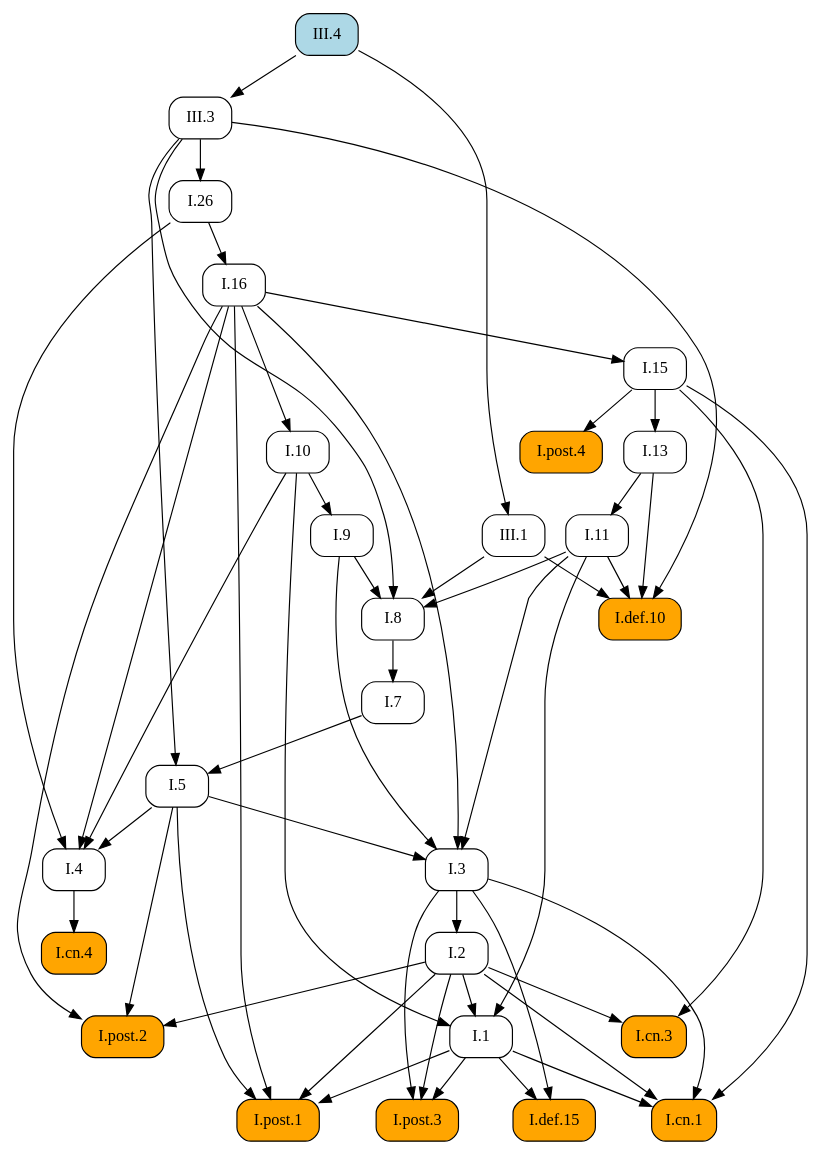
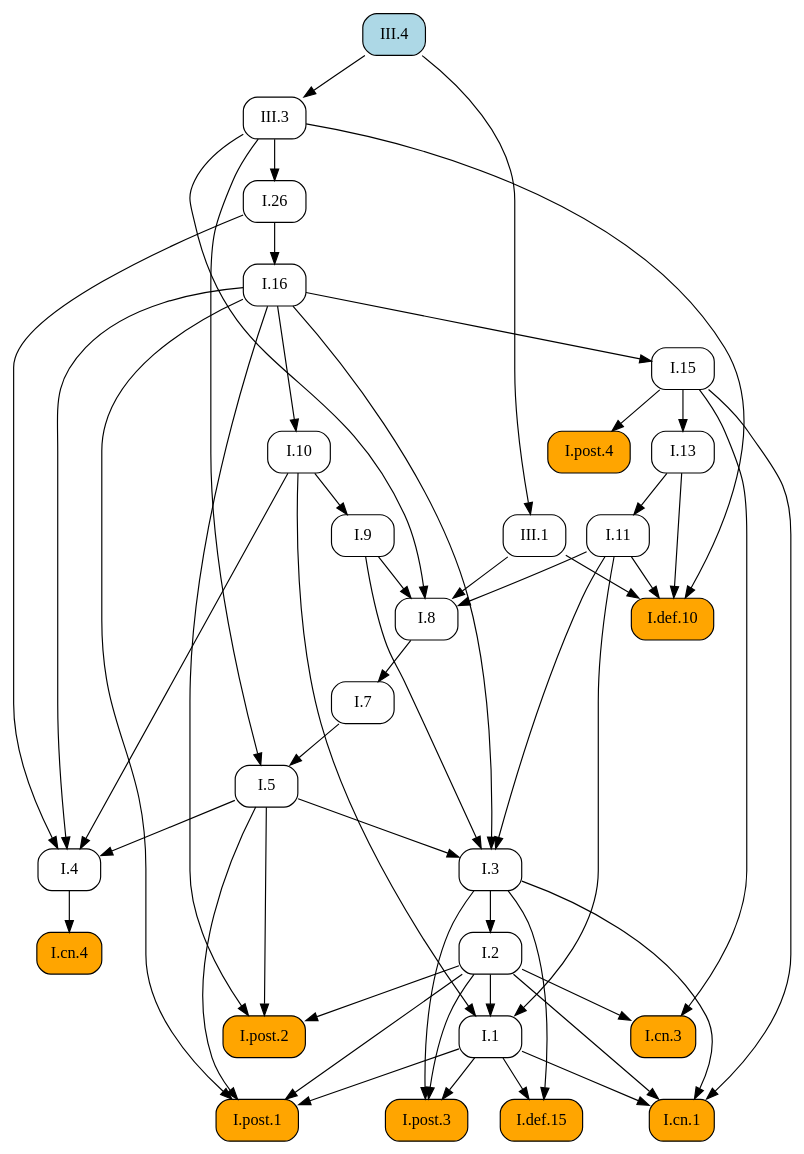
The diagram in docsrc/elements2/III/4/index.rst (geometor/elements), drawn with Graphviz before and after one commit. The commit also changed other lines of this file and 409 other files, not shown here.

First line of the commit message:
feat: Add image cropping and graphic extraction script

```diff
--- a/docsrc/elements2/III/4/index.rst
+++ b/docsrc/elements2/III/4/index.rst
@@ -61,82 +61,82 @@
    digraph {
      rankdir="TB";
      node [shape=box, style=rounded];
+     "I.def.15" [style="rounded,filled", fillcolor=orange, URL="/elements2/I/def.15/", target="_top"];
+     "I.def.10" [style="rounded,filled", fillcolor=orange, URL="/elements2/I/def.10/", target="_top"];
+     "I.11" [URL="/elements2/I/11/", target="_top"];
+     "III.4" [style="rounded,filled", fillcolor=lightblue, URL="/elements2/III/4/", target="_top"];
      "I.8" [URL="/elements2/I/8/", target="_top"];
-     "I.post.3" [style="rounded,filled", fillcolor=orange, URL="/elements2/I/post.3/", target="_top"];
-     "I.1" [URL="/elements2/I/1/", target="_top"];
-     "I.cn.4" [style="rounded,filled", fillcolor=orange, URL="/elements2/I/cn.4/", target="_top"];
-     "I.cn.3" [style="rounded,filled", fillcolor=orange, URL="/elements2/I/cn.3/", target="_top"];
-     "I.7" [URL="/elements2/I/7/", target="_top"];
-     "I.post.1" [style="rounded,filled", fillcolor=orange, URL="/elements2/I/post.1/", target="_top"];
-     "I.9" [URL="/elements2/I/9/", target="_top"];
      "I.5" [URL="/elements2/I/5/", target="_top"];
-     "I.cn.1" [style="rounded,filled", fillcolor=orange, URL="/elements2/I/cn.1/", target="_top"];
-     "I.16" [URL="/elements2/I/16/", target="_top"];
-     "III.3" [URL="/elements2/III/3/", target="_top"];
-     "I.def.10" [style="rounded,filled", fillcolor=orange, URL="/elements2/I/def.10/", target="_top"];
-     "I.post.4" [style="rounded,filled", fillcolor=orange, URL="/elements2/I/post.4/", target="_top"];
-     "I.13" [URL="/elements2/I/13/", target="_top"];
-     "I.2" [URL="/elements2/I/2/", target="_top"];
-     "I.def.15" [style="rounded,filled", fillcolor=orange, URL="/elements2/I/def.15/", target="_top"];
-     "I.4" [URL="/elements2/I/4/", target="_top"];
-     "III.1" [URL="/elements2/III/1/", target="_top"];
-     "I.11" [URL="/elements2/I/11/", target="_top"];
-     "I.10" [URL="/elements2/I/10/", target="_top"];
      "I.15" [URL="/elements2/I/15/", target="_top"];
      "I.3" [URL="/elements2/I/3/", target="_top"];
+     "I.10" [URL="/elements2/I/10/", target="_top"];
+     "I.26" [URL="/elements2/I/26/", target="_top"];
+     "I.cn.1" [style="rounded,filled", fillcolor=orange, URL="/elements2/I/cn.1/", target="_top"];
+     "I.cn.3" [style="rounded,filled", fillcolor=orange, URL="/elements2/I/cn.3/", target="_top"];
+     "I.13" [URL="/elements2/I/13/", target="_top"];
+     "I.post.3" [style="rounded,filled", fillcolor=orange, URL="/elements2/I/post.3/", target="_top"];
+     "I.4" [URL="/elements2/I/4/", target="_top"];
+     "I.7" [URL="/elements2/I/7/", target="_top"];
+     "III.3" [URL="/elements2/III/3/", target="_top"];
+     "I.9" [URL="/elements2/I/9/", target="_top"];
+     "I.16" [URL="/elements2/I/16/", target="_top"];
+     "I.post.1" [style="rounded,filled", fillcolor=orange, URL="/elements2/I/post.1/", target="_top"];
+     "I.2" [URL="/elements2/I/2/", target="_top"];
+     "I.cn.4" [style="rounded,filled", fillcolor=orange, URL="/elements2/I/cn.4/", target="_top"];
+     "I.post.4" [style="rounded,filled", fillcolor=orange, URL="/elements2/I/post.4/", target="_top"];
+     "I.1" [URL="/elements2/I/1/", target="_top"];
+     "III.1" [URL="/elements2/III/1/", target="_top"];
      "I.post.2" [style="rounded,filled", fillcolor=orange, URL="/elements2/I/post.2/", target="_top"];
-     "I.26" [URL="/elements2/I/26/", target="_top"];
-     "III.4" [style="rounded,filled", fillcolor=lightblue, URL="/elements2/III/4/", target="_top"];
+     "I.1" -> "I.def.15";
+     "I.3" -> "I.def.15";
+     "I.11" -> "I.def.10";
+     "I.13" -> "I.def.10";
+     "III.1" -> "I.def.10";
+     "III.3" -> "I.def.10";
+     "I.13" -> "I.11";
      "I.9" -> "I.8";
      "I.11" -> "I.8";
      "III.1" -> "I.8";
      "III.3" -> "I.8";
-     "I.1" -> "I.post.3";
-     "I.2" -> "I.post.3";
-     "I.3" -> "I.post.3";
-     "I.2" -> "I.1";
-     "I.10" -> "I.1";
-     "I.11" -> "I.1";
-     "I.4" -> "I.cn.4";
-     "I.2" -> "I.cn.3";
-     "I.15" -> "I.cn.3";
-     "I.8" -> "I.7";
-     "I.1" -> "I.post.1";
-     "I.2" -> "I.post.1";
-     "I.5" -> "I.post.1";
-     "I.16" -> "I.post.1";
-     "I.10" -> "I.9";
      "I.7" -> "I.5";
      "III.3" -> "I.5";
-     "I.1" -> "I.cn.1";
-     "I.2" -> "I.cn.1";
-     "I.3" -> "I.cn.1";
-     "I.15" -> "I.cn.1";
-     "I.26" -> "I.16";
-     "III.4" -> "III.3";
-     "I.11" -> "I.def.10";
-     "I.13" -> "I.def.10";
-     "III.1" -> "I.def.10";
-     "III.3" -> "I.def.10";
-     "I.15" -> "I.post.4";
-     "I.15" -> "I.13";
-     "I.3" -> "I.2";
-     "I.1" -> "I.def.15";
-     "I.3" -> "I.def.15";
-     "I.5" -> "I.4";
-     "I.10" -> "I.4";
-     "I.16" -> "I.4";
-     "I.26" -> "I.4";
-     "III.4" -> "III.1";
-     "I.13" -> "I.11";
-     "I.16" -> "I.10";
      "I.16" -> "I.15";
      "I.5" -> "I.3";
      "I.9" -> "I.3";
      "I.11" -> "I.3";
      "I.16" -> "I.3";
+     "I.16" -> "I.10";
+     "III.3" -> "I.26";
+     "I.1" -> "I.cn.1";
+     "I.2" -> "I.cn.1";
+     "I.3" -> "I.cn.1";
+     "I.15" -> "I.cn.1";
+     "I.2" -> "I.cn.3";
+     "I.15" -> "I.cn.3";
+     "I.15" -> "I.13";
+     "I.1" -> "I.post.3";
+     "I.2" -> "I.post.3";
+     "I.3" -> "I.post.3";
+     "I.5" -> "I.4";
+     "I.10" -> "I.4";
+     "I.16" -> "I.4";
+     "I.26" -> "I.4";
+     "I.8" -> "I.7";
+     "III.4" -> "III.3";
+     "I.10" -> "I.9";
+     "I.26" -> "I.16";
+     "I.1" -> "I.post.1";
+     "I.2" -> "I.post.1";
+     "I.5" -> "I.post.1";
+     "I.16" -> "I.post.1";
+     "I.3" -> "I.2";
+     "I.4" -> "I.cn.4";
+     "I.15" -> "I.post.4";
+     "I.2" -> "I.1";
+     "I.10" -> "I.1";
+     "I.11" -> "I.1";
+     "III.4" -> "III.1";
      "I.2" -> "I.post.2";
      "I.5" -> "I.post.2";
      "I.16" -> "I.post.2";
-     "III.3" -> "I.26";
    }
```
